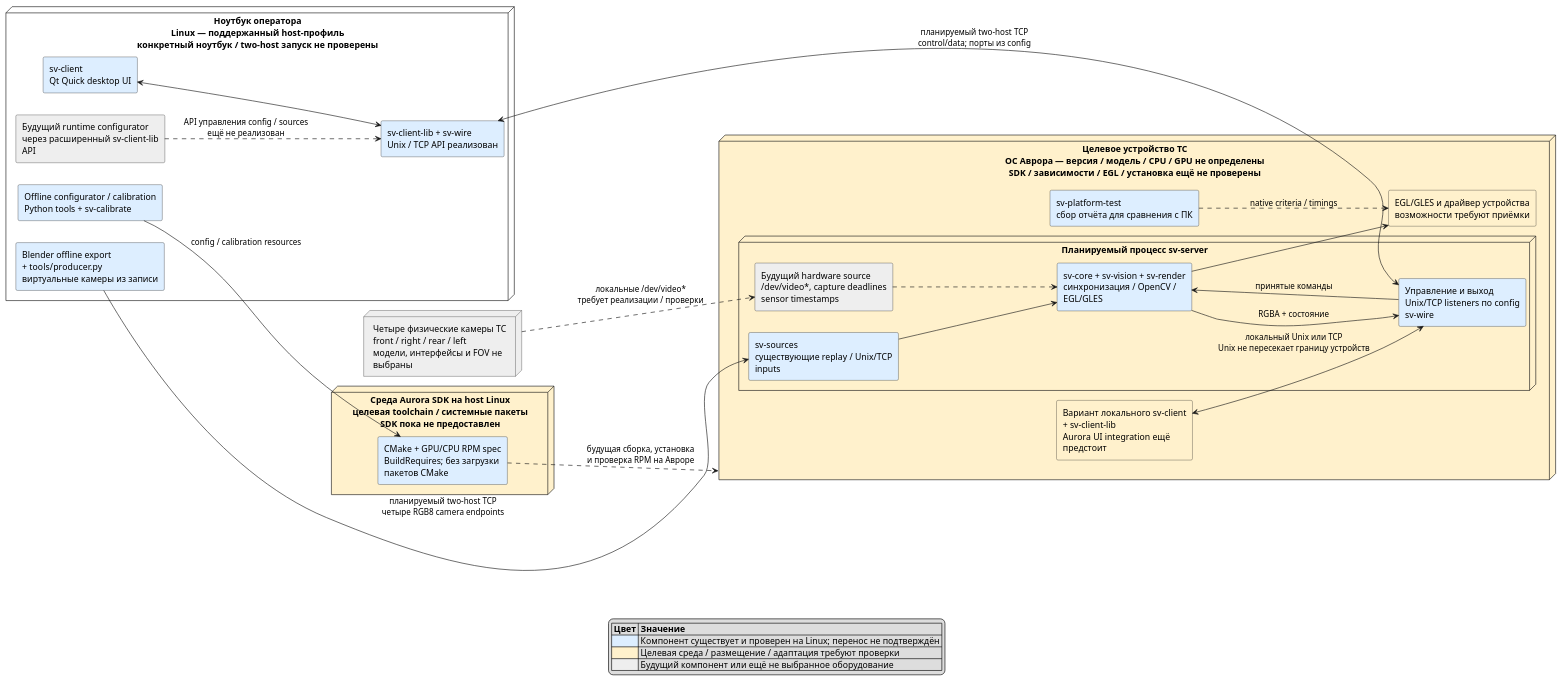
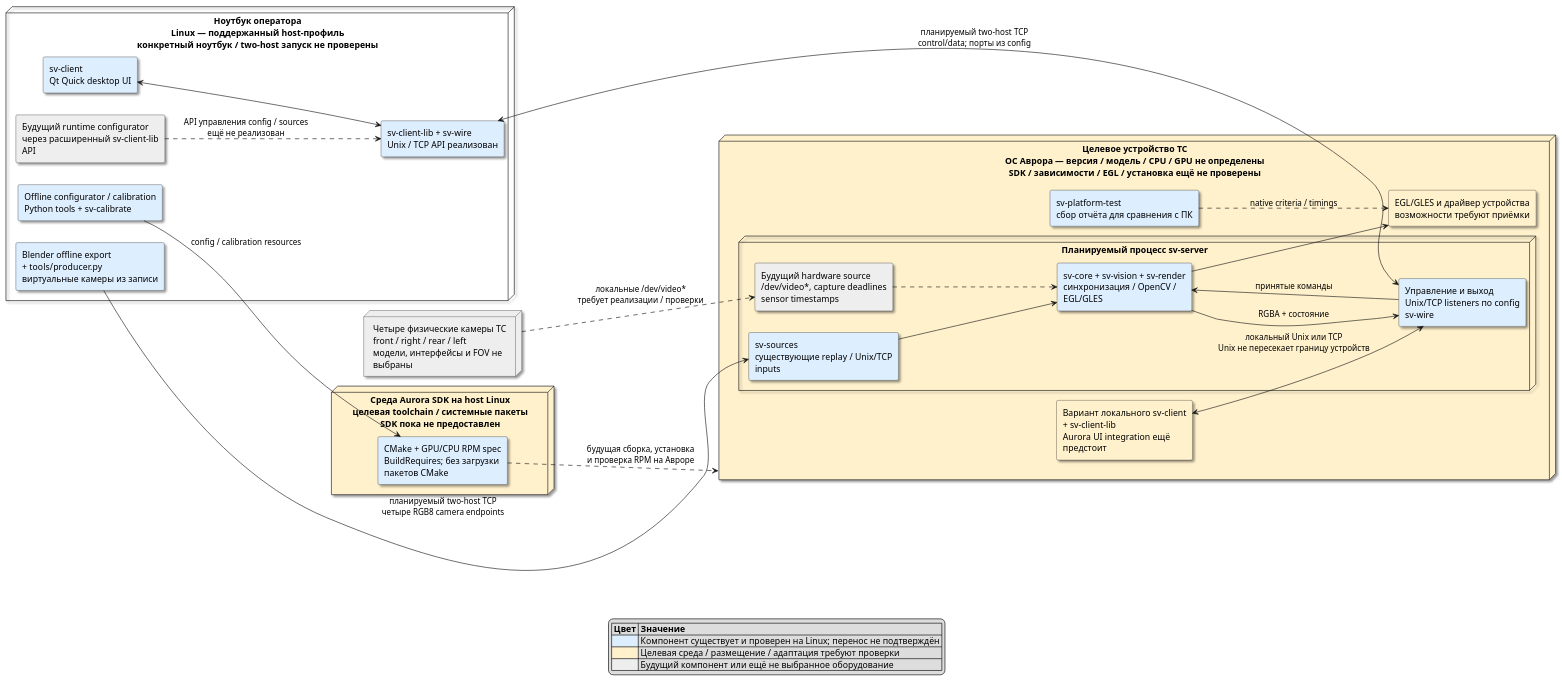
One commit to AKTOETO/Surround-view changed the second of 2 diagrams in docs/architecture/DEPLOYMENT.md. Above: the diagram before and after it, drawn with PlantUML. The commit also changed 1 other file, not shown here.

Commit message:
docs: finalize diagram adjustments and relocated client links

````diff
--- a/docs/architecture/DEPLOYMENT.md
+++ b/docs/architecture/DEPLOYMENT.md
@@ -124,55 +124,55 @@
 ```plantuml
 @startuml
 left to right direction
 skinparam componentStyle rectangle
-skinparam shadowing false
+skinparam shadowing true
 skinparam wrapWidth 230
 
 node "Ноутбук оператора\nLinux — поддержанный host-профиль\nконкретный ноутбук / two-host запуск не проверены" as Laptop {
   component "sv-client\nQt Quick desktop UI" as RemoteClient #DDEEFF
   component "sv-client-lib + sv-wire\nUnix / TCP API реализован" as RemoteLib #DDEEFF
   component "Blender offline export\n+ tools/producer.py\nвиртуальные камеры из записи" as RemoteProducer #DDEEFF
   component "Offline configurator / calibration\nPython tools + sv-calibrate" as RemoteConfig #DDEEFF
   component "Будущий runtime configurator\nчерез расширенный sv-client-lib API" as FutureConfig #EEEEEE
 }
 
 node "Целевое устройство ТС\nОС Аврора — версия / модель / CPU / GPU не определены\nSDK / зависимости / EGL / установка ещё не проверены" as Target #FFF1CC {
   node "Планируемый процесс sv-server" {
     component "sv-sources\nсуществующие replay / Unix/TCP inputs" as TargetSources #DDEEFF
     component "sv-core + sv-vision + sv-render\nсинхронизация / OpenCV / EGL/GLES" as TargetPipeline #DDEEFF
     component "Управление и выход\nUnix/TCP listeners по config\nsv-wire" as TargetTransport #DDEEFF
     component "Будущий hardware source\n/dev/video*, capture deadlines\nsensor timestamps" as Hardware #EEEEEE
   }
   component "sv-platform-test\nсбор отчёта для сравнения с ПК" as TargetTest #DDEEFF
   component "Вариант локального sv-client\n+ sv-client-lib\nAurora UI integration ещё предстоит" as LocalClient #FFF1CC
   component "EGL/GLES и драйвер устройства\nвозможности требуют приёмки" as TargetGPU #FFF1CC
 }
 
 node "Четыре физические камеры ТС\nfront / right / rear / left\nмодели, интерфейсы и FOV не выбраны" as Cameras #EEEEEE
 node "Среда Aurora SDK на host Linux\nцелевая toolchain / системные пакеты\nSDK пока не предоставлен" as SDK #FFF1CC {
   component "CMake + GPU/CPU RPM spec\nBuildRequires; без загрузки пакетов CMake" as Package #DDEEFF
 }
 
 RemoteClient <--> RemoteLib
 RemoteLib <--> TargetTransport : планируемый two-host TCP\ncontrol/data; порты из config
 RemoteProducer --> TargetSources : планируемый two-host TCP\nчетыре RGB8 camera endpoints
 RemoteConfig --> Package : config / calibration resources
 FutureConfig ..> RemoteLib : API управления config / sources\nещё не реализован
 Cameras ..> Hardware : локальные /dev/video*\nтребует реализации / проверки
 Hardware ..> TargetPipeline
 TargetSources --> TargetPipeline
 TargetPipeline --> TargetGPU
 TargetPipeline --> TargetTransport : RGBA + состояние
 TargetTransport --> TargetPipeline : принятые команды
 LocalClient <--> TargetTransport : локальный Unix или TCP\nUnix не пересекает границу устройств
 TargetTest ..> TargetGPU : native criteria / timings
 Package ..> Target : будущая сборка, установка\nи проверка RPM на Авроре
 
 legend bottom
   |= Цвет |= Значение |
   |<#DDEEFF> | Компонент существует и проверен на Linux; перенос не подтверждён |
   |<#FFF1CC> | Целевая среда / размещение / адаптация требуют проверки |
   |<#EEEEEE> | Будущий компонент или ещё не выбранное оборудование |
 endlegend
 @enduml
 ```
````
